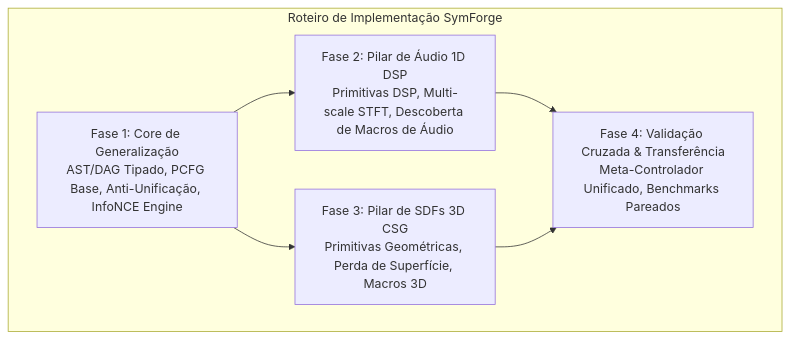
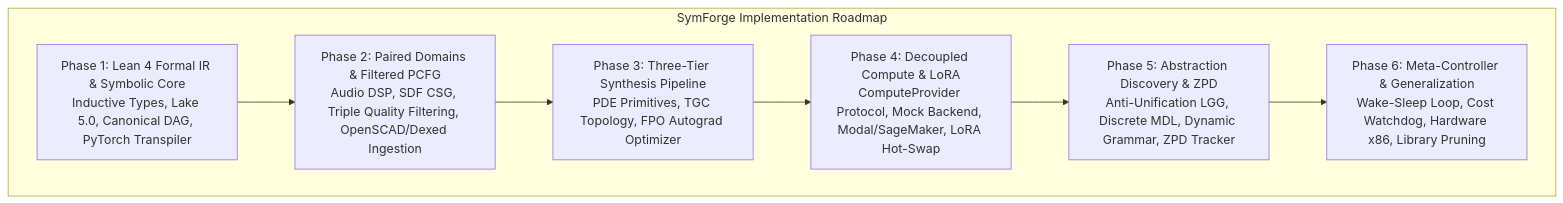
Before and after one commit to racoci/symforge: the third of 3 diagrams in docs/architecture/unified_synthesis_architecture.md, drawn with Mermaid. The commit also changed other lines of this file and 12 other files, not shown here.

Commit message:
docs: translate README and complete architecture documentation to English

````diff
--- a/docs/architecture/unified_synthesis_architecture.md
+++ b/docs/architecture/unified_synthesis_architecture.md
@@ -179,14 +193,17 @@
 ```mermaid
 graph TD
-    subgraph Roadmap [Roteiro de Implementação SymForge]
-        F1[Fase 1: Core de Generalização<br/>AST/DAG Tipado, PCFG Base, Anti-Unificação, InfoNCE Engine]
-        F2[Fase 2: Pilar de Áudio 1D DSP<br/>Primitivas DSP, Multi-scale STFT, Descoberta de Macros de Áudio]
-        F3[Fase 3: Pilar de SDFs 3D CSG<br/>Primitivas Geométricas, Perda de Superfície, Macros 3D]
-        F4[Fase 4: Validação Cruzada & Transferência<br/>Meta-Controlador Unificado, Benchmarks Pareados]
+    subgraph Roadmap [SymForge Implementation Roadmap]
+        F1[Phase 1: Lean 4 Formal IR & Symbolic Core<br/>Inductive Types, Lake 5.0, Canonical DAG, PyTorch Transpiler]
+        F2[Phase 2: Paired Domains & Filtered PCFG<br/>Audio DSP, SDF CSG, Triple Quality Filtering, OpenSCAD/Dexed Ingestion]
+        F3[Phase 3: Three-Tier Synthesis Pipeline<br/>PDE Primitives, TGC Topology, FPO Autograd Optimizer]
+        F4[Phase 4: Decoupled Compute & LoRA<br/>ComputeProvider Protocol, Mock Backend, Modal/SageMaker, LoRA Hot-Swap]
+        F5[Phase 5: Abstraction Discovery & ZPD<br/>Anti-Unification LGG, Discrete MDL, Dynamic Grammar, ZPD Tracker]
+        F6[Phase 6: Meta-Controller & Generalization<br/>Wake-Sleep Loop, Cost Watchdog, Hardware x86, Library Pruning]
         
         F1 --> F2
-        F1 --> F3
-        F2 --> F4
+        F2 --> F3
         F3 --> F4
+        F4 --> F5
+        F5 --> F6
     end
 ```
````
